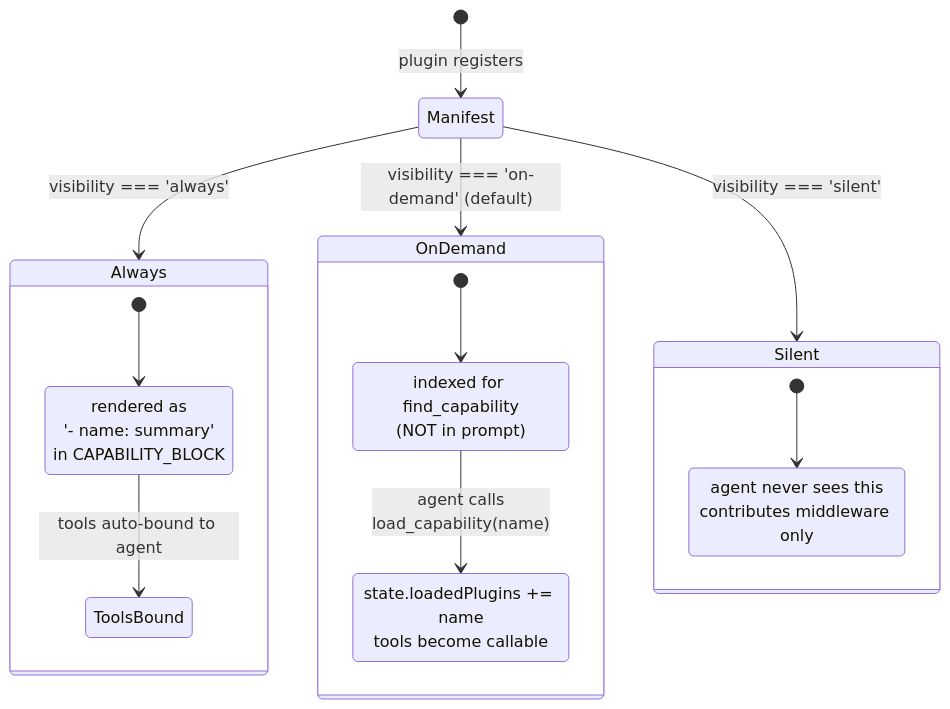
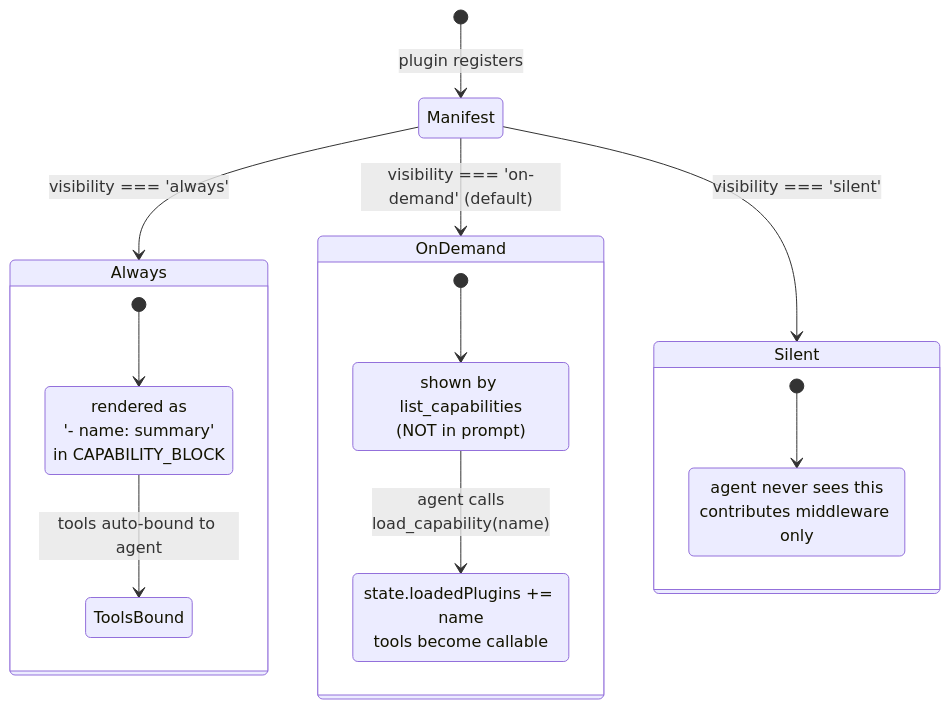
Before and after one commit to ixoworld/qiforge: the third of 8 diagrams in packages/oracle-runtime/docs/prompt-architecture.md, drawn with Mermaid. The commit also changed other lines of this file and 27 other files, not shown here.

````diff
--- a/packages/oracle-runtime/docs/prompt-architecture.md
+++ b/packages/oracle-runtime/docs/prompt-architecture.md
@@ -126,25 +126,25 @@
 ```mermaid
 stateDiagram-v2
     [*] --> Manifest: plugin registers
     Manifest --> Always: visibility === 'always'
     Manifest --> OnDemand: visibility === 'on-demand' (default)
     Manifest --> Silent: visibility === 'silent'
 
     state Always {
         [*] --> InTier1Block
         InTier1Block: rendered as<br/>'- name: summary'<br/>in CAPABILITY_BLOCK
         InTier1Block --> ToolsBound: tools auto-bound to agent
     }
 
     state OnDemand {
-        [*] --> InSearchIndex
-        InSearchIndex: indexed for find_capability<br/>(NOT in prompt)
-        InSearchIndex --> LoadedThread: agent calls<br/>load_capability(name)
+        [*] --> Discoverable
+        Discoverable: shown by list_capabilities<br/>(NOT in prompt)
+        Discoverable --> LoadedThread: agent calls<br/>load_capability(name)
         LoadedThread: state.loadedPlugins += name<br/>tools become callable
     }
 
     state Silent {
         [*] --> MiddlewareOnly
         MiddlewareOnly: agent never sees this<br/>contributes middleware only
     }
 ```
````
